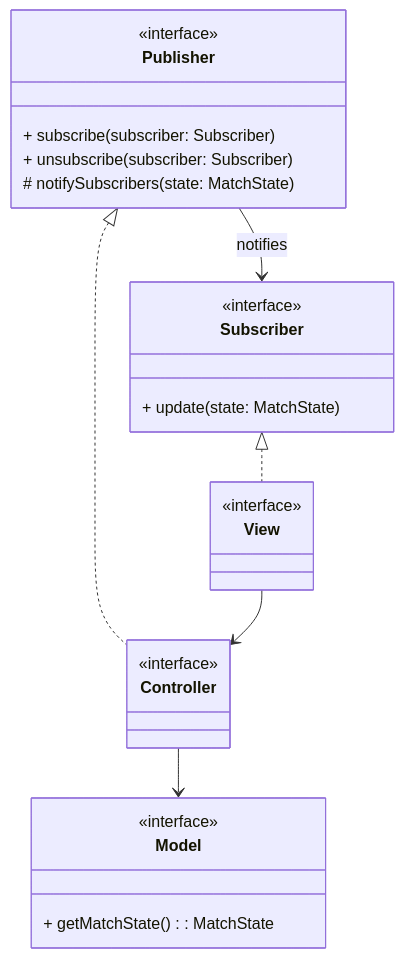
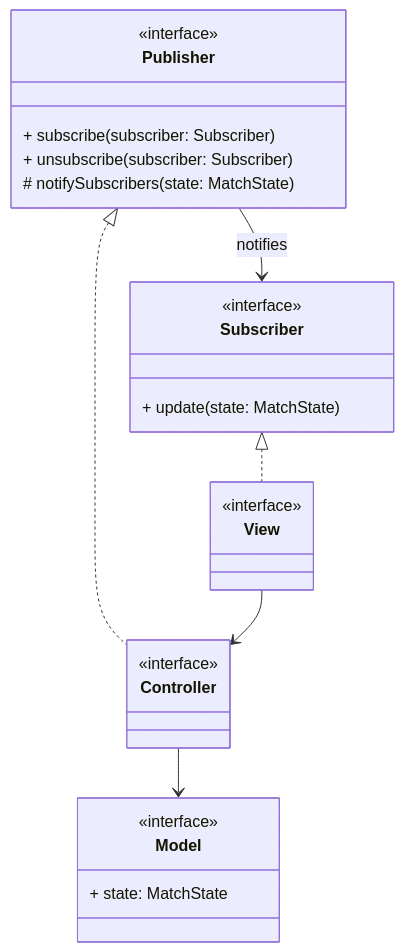
The first of 12 diagrams in docs/report/5-detailed-design.md (Borgotto/PPS-25-scalatello), drawn with Mermaid before and after one commit. The commit also changed other lines of this file and 2 other files, not shown here.

````diff
--- a/docs/report/5-detailed-design.md
+++ b/docs/report/5-detailed-design.md
@@ -57,29 +7,29 @@
 ```mermaid
 classDiagram
     class Model {
         <<interface>>
-        + getMatchState(): MatchState
+        + state: MatchState
     }
     class Publisher {
         <<interface>>
         + subscribe(subscriber: Subscriber)
         + unsubscribe(subscriber: Subscriber)
         # notifySubscribers(state: MatchState)
     }
     class Controller {
         <<interface>>
     }
     class Subscriber {
         <<interface>>
         + update(state: MatchState)
     }
     class View {
         <<interface>>
     }
 
     Controller --> Model
     Publisher --> Subscriber: notifies
     Publisher <|.. Controller
     Subscriber <|.. View
     View --> Controller
 ```
````
